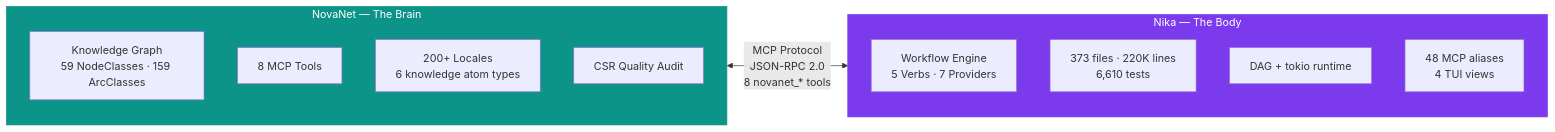
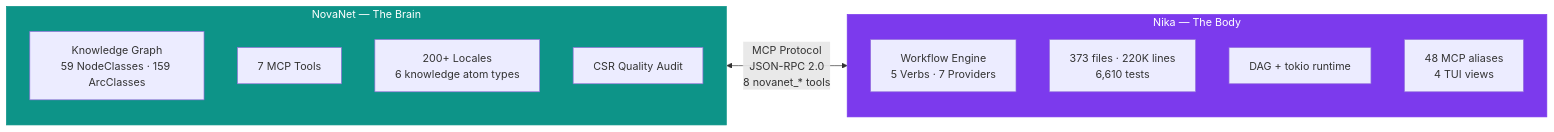
The first of 14 diagrams in docs/vision/06-research-synthesis-report.md (supernovae-st/nika), drawn with Mermaid before and after one commit. The commit also changed other lines of this file and 6 other files, not shown here.

````diff
--- a/docs/vision/06-research-synthesis-report.md
+++ b/docs/vision/06-research-synthesis-report.md
@@ -26,23 +26,23 @@
 ```mermaid
 flowchart LR
     subgraph BRAIN["NovaNet — The Brain"]
         direction TB
         B1["Knowledge Graph\n59 NodeClasses · 159 ArcClasses"]
-        B2["8 MCP Tools"]
+        B2["7 MCP Tools"]
         B3["200+ Locales\n6 knowledge atom types"]
         B4["CSR Quality Audit"]
     end
 
     subgraph BODY["Nika — The Body"]
         direction TB
         K1["Workflow Engine\n5 Verbs · 7 Providers"]
         K2["373 files · 220K lines\n6,610 tests"]
         K3["DAG + tokio runtime"]
         K4["48 MCP aliases\n4 TUI views"]
     end
 
     BRAIN <-->|"MCP Protocol\nJSON-RPC 2.0\n8 novanet_* tools"| BODY
 
     style BRAIN fill:#0d9488,color:#fff,stroke:#0d9488
     style BODY fill:#7c3aed,color:#fff,stroke:#7c3aed
 ```
````
